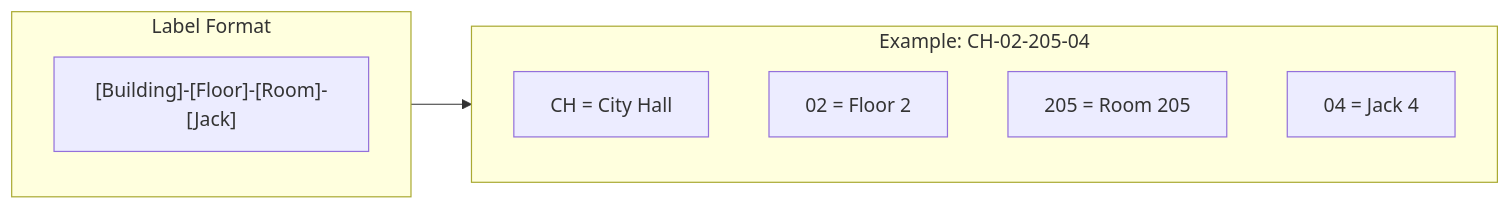
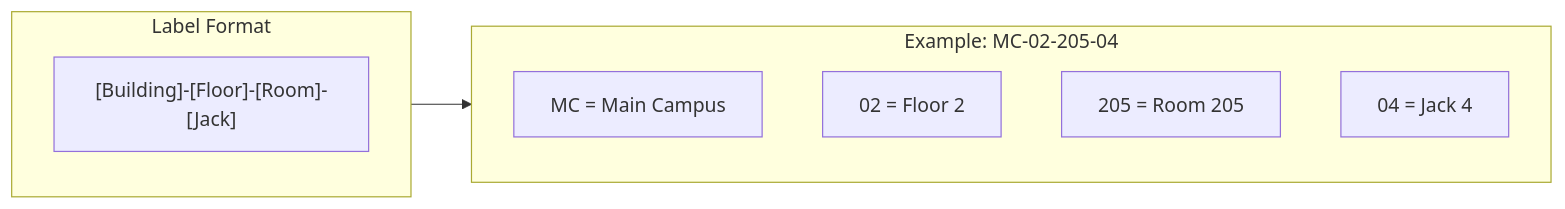
The fourth of 5 diagrams in docs/ethernet/cabling-standards.md (NewOrleansITI/networkstandards), drawn with Mermaid before and after one commit. The commit also changed other lines of this file and 17 other files, not shown here.

````diff
--- a/docs/ethernet/cabling-standards.md
+++ b/docs/ethernet/cabling-standards.md
@@ -196,15 +196,15 @@
 ```mermaid
 flowchart LR
     subgraph FORMAT["Label Format"]
         A["[Building]-[Floor]-[Room]-[Jack]"]
     end
 
-    subgraph EXAMPLE["Example: CH-02-205-04"]
-        B["CH = City Hall"]
+    subgraph EXAMPLE["Example: MC-02-205-04"]
+        B["MC = Main Campus"]
         C["02 = Floor 2"]
         D["205 = Room 205"]
         E["04 = Jack 4"]
     end
 
     FORMAT --> EXAMPLE
 ```
````
